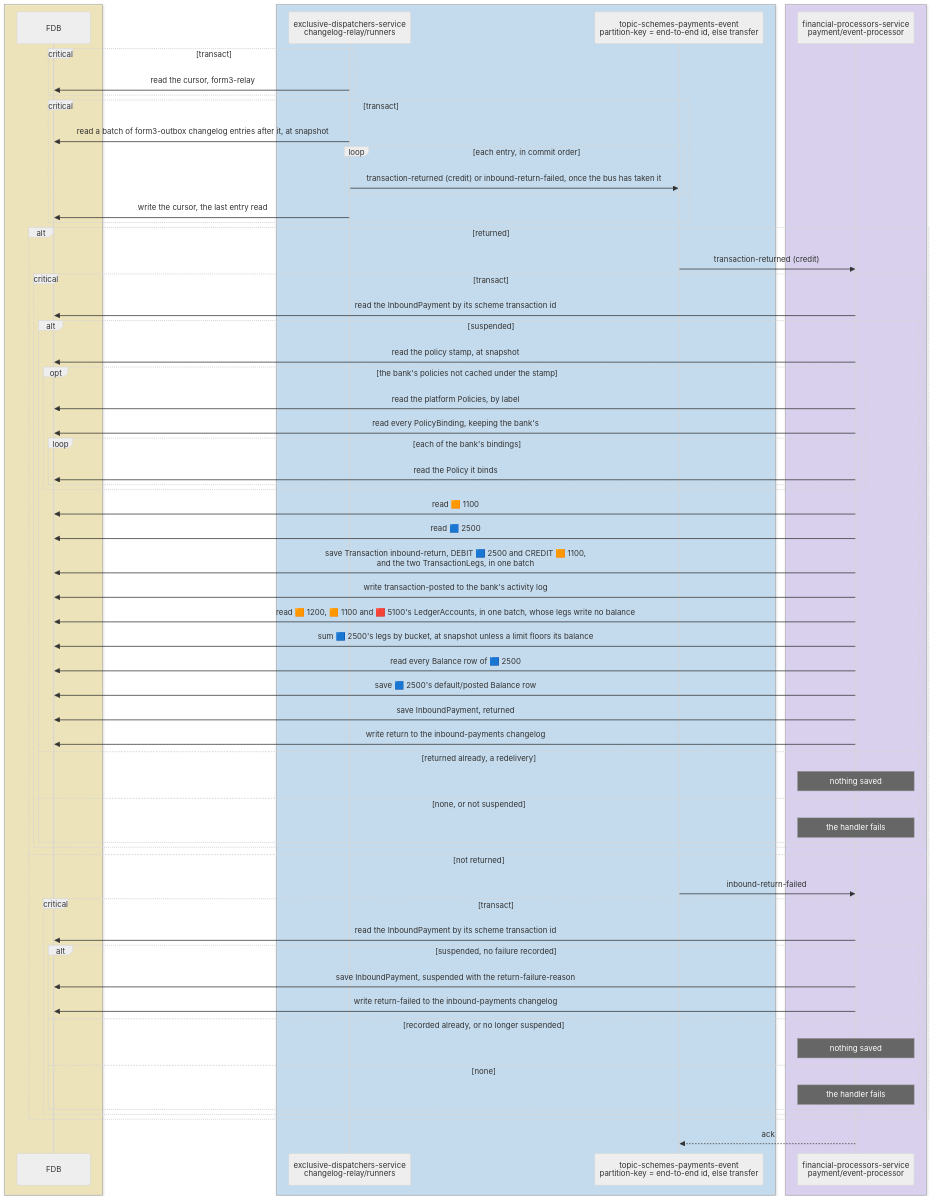
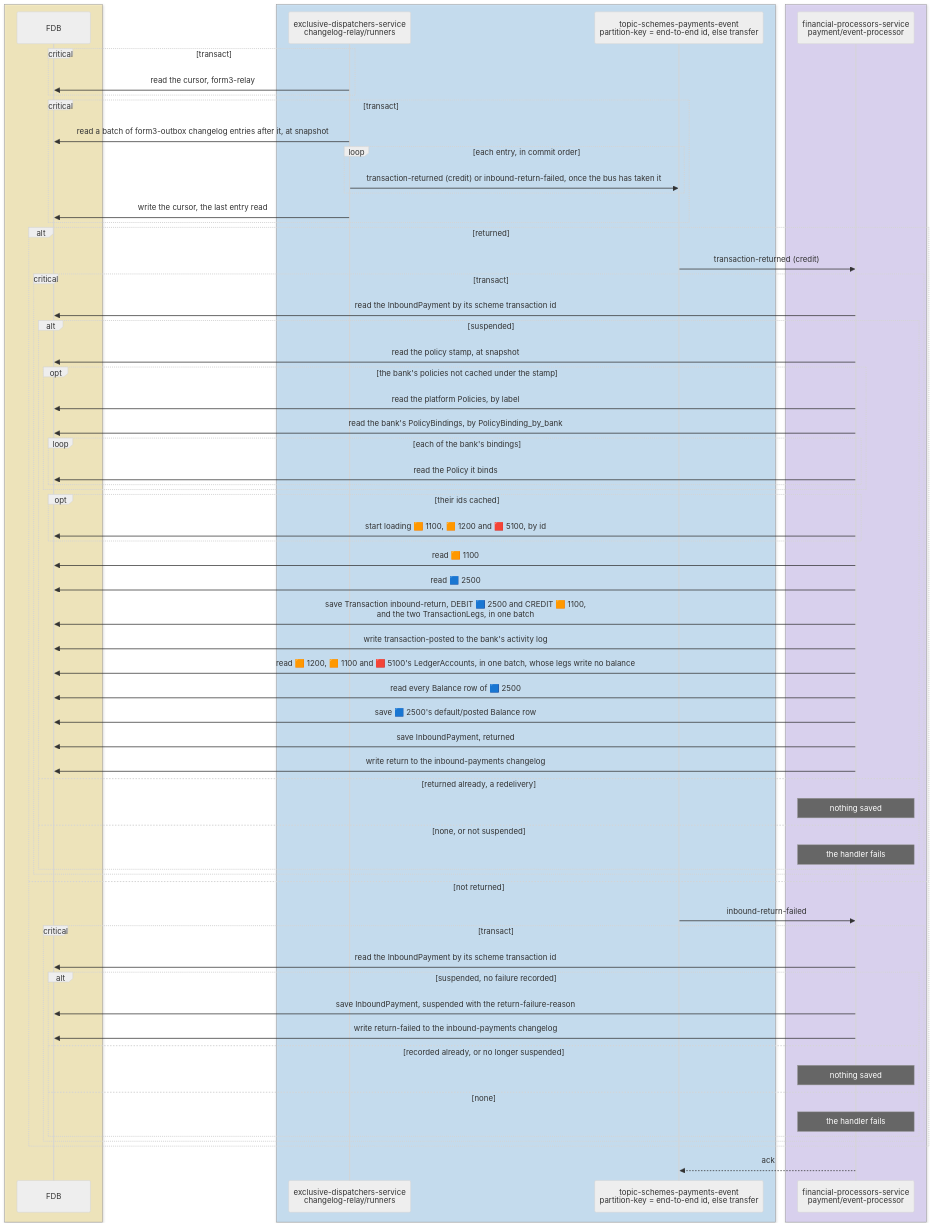
Diagram 15 of 15 in docs/tdd/payments-inbound.md (repldriven/queenswood), drawn with Mermaid (neutral theme) before and after one commit. The commit also changed other lines of this file and 2 other files, not shown here.

Commit message:
Draw the payment flows' snapshot row reads, pre-loads, cached bank read, binding index and reconcile outcomes

````diff
--- a/docs/tdd/payments-inbound.md
+++ b/docs/tdd/payments-inbound.md
@@ -838,67 +852,69 @@
 ```mermaid
 sequenceDiagram
     box rgba(255, 236, 153, 0.5)
     participant DB as FDB
     end
     box rgba(165, 216, 255, 0.45)
     participant OR as exclusive-dispatchers-service<br/>changelog-relay/runners
     participant SE as topic-schemes-payments-event<br/>partition-key = end-to-end id, else transfer
     end
     box rgba(208, 191, 255, 0.45)
     participant PE as financial-processors-service<br/>payment/event-processor
     end
     critical transact
     OR->>DB: read the cursor, form3-relay
     end
     critical transact
     OR->>DB: read a batch of form3-outbox changelog entries after it, at snapshot
     loop each entry, in commit order
     OR->>SE: transaction-returned (credit) or inbound-return-failed, once the bus has taken it
     end
     OR->>DB: write the cursor, the last entry read
     end
     alt returned
     SE->>PE: transaction-returned (credit)
     critical transact
     PE->>DB: read the InboundPayment by its scheme transaction id
     alt suspended
     PE->>DB: read the policy stamp, at snapshot
     opt the bank's policies not cached under the stamp
     PE->>DB: read the platform Policies, by label
-    PE->>DB: read every PolicyBinding, keeping the bank's
+    PE->>DB: read the bank's PolicyBindings, by PolicyBinding_by_bank
     loop each of the bank's bindings
     PE->>DB: read the Policy it binds
     end
+    end
+    opt their ids cached
+    PE->>DB: start loading 🟧 1100, 🟧 1200 and 🟥 5100, by id
     end
     PE->>DB: read 🟧 1100
     PE->>DB: read 🟦 2500
     PE->>DB: save Transaction inbound-return, DEBIT 🟦 2500 and CREDIT 🟧 1100,<br/>and the two TransactionLegs, in one batch
     PE->>DB: write transaction-posted to the bank's activity log
     PE->>DB: read 🟧 1200, 🟧 1100 and 🟥 5100's LedgerAccounts, in one batch, whose legs write no balance
-    PE->>DB: sum 🟦 2500's legs by bucket, at snapshot unless a limit floors its balance
     PE->>DB: read every Balance row of 🟦 2500
     PE->>DB: save 🟦 2500's default/posted Balance row
     PE->>DB: save InboundPayment, returned
     PE->>DB: write return to the inbound-payments changelog
     else returned already, a redelivery
     Note over PE: nothing saved
     else none, or not suspended
     Note over PE: the handler fails
     end
     end
     else not returned
     SE->>PE: inbound-return-failed
     critical transact
     PE->>DB: read the InboundPayment by its scheme transaction id
     alt suspended, no failure recorded
     PE->>DB: save InboundPayment, suspended with the return-failure-reason
     PE->>DB: write return-failed to the inbound-payments changelog
     else recorded already, or no longer suspended
     Note over PE: nothing saved
     else none
     Note over PE: the handler fails
     end
     end
     end
     PE-->>SE: ack
 ```
````
